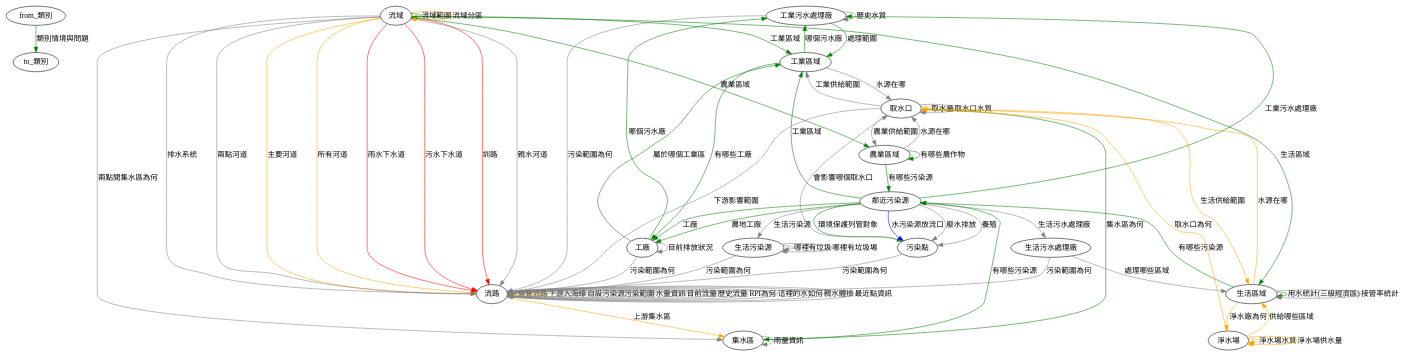
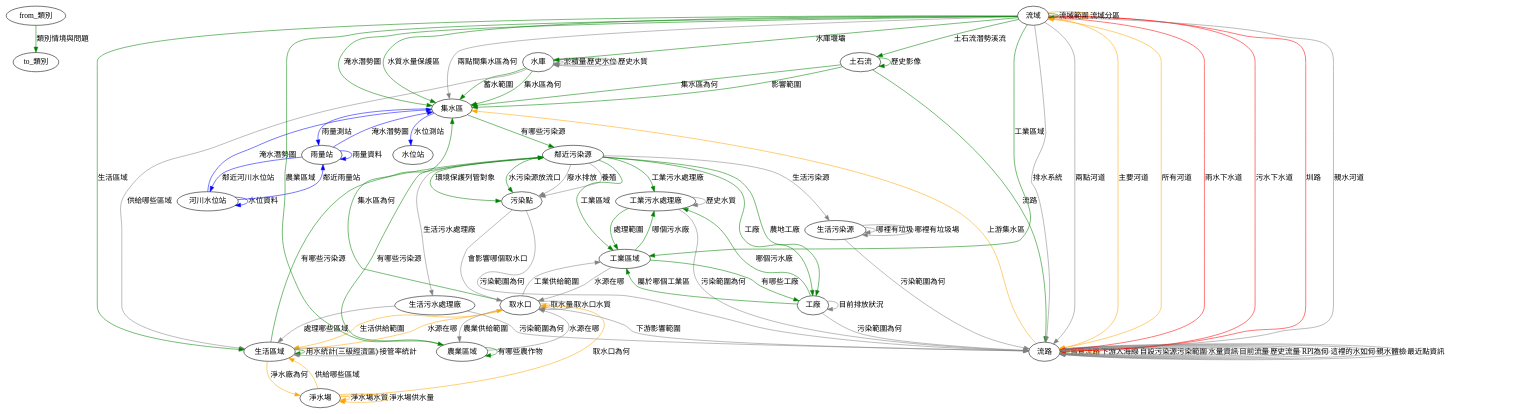
One commit to aga3134/SourcingWater changed the diagram in tools/TopoTextToDot/output.dot. Above: the diagram before and after it, drawn with Graphviz. The commit also changed 11 other files, not shown here.

```diff
--- a/tools/TopoTextToDot/output.dot
+++ b/tools/TopoTextToDot/output.dot
@@ -1,76 +1,97 @@
 digraph G {
 	"from_類別"->"to_類別"[label="類別情境與問題",color="green",style=""]
+	"土石流"->"集水區"[label="集水區為何",color="green",style=""]
+	"土石流"->"集水區"[label="影響範圍",color="green",style=""]
+	"土石流"->"土石流"[label="歷史影像",color="green",style=""]
+	"土石流"->"流路"[label="流路",color="green",style=""]
 	"工業污水處理廠"->"工業區域"[label="處理範圍",color="green",style=""]
 	"工業污水處理廠"->"流路"[label="污染範圍為何",color="gray",style=""]
 	"工業污水處理廠"->"工業污水處理廠"[label="歷史水質",color="gray",style=""]
 	"工業區域"->"工業污水處理廠"[label="哪個污水廠",color="green",style=""]
 	"工業區域"->"工廠"[label="有哪些工廠",color="green",style=""]
 	"工業區域"->"取水口"[label="水源在哪",color="gray",style=""]
 	"工廠"->"工業污水處理廠"[label="哪個污水廠",color="green",style=""]
 	"工廠"->"工業區域"[label="屬於哪個工業區",color="green",style=""]
 	"工廠"->"工廠"[label="目前排放狀況",color="gray",style=""]
 	"工廠"->"流路"[label="污染範圍為何",color="gray",style=""]
+	"水庫"->"集水區"[label="蓄水範圍",color="green",style=""]
+	"水庫"->"集水區"[label="集水區為何",color="green",style=""]
+	"水庫"->"水庫"[label="淤積量",color="gray",style=""]
+	"水庫"->"水庫"[label="歷史水位",color="gray",style=""]
+	"水庫"->"水庫"[label="歷史水質",color="gray",style=""]
+	"水庫"->"生活區域"[label="供給哪些區域",color="gray",style=""]
 	"生活污水處理廠"->"流路"[label="污染範圍為何",color="gray",style=""]
 	"生活污水處理廠"->"生活區域"[label="處理哪些區域",color="gray",style=""]
 	"生活污染源"->"流路"[label="污染範圍為何",color="gray",style=""]
 	"生活污染源"->"生活污染源"[label="哪裡有垃圾",color="gray",style=""]
 	"生活污染源"->"生活污染源"[label="哪裡有垃圾場",color="gray",style=""]
 	"生活區域"->"鄰近污染源"[label="有哪些污染源",color="green",style=""]
 	"生活區域"->"生活區域"[label="用水統計(三級經濟區)",color="green",style=""]
 	"生活區域"->"取水口"[label="水源在哪",color="orange",style=""]
 	"生活區域"->"淨水場"[label="淨水廠為何",color="orange",style=""]
 	"生活區域"->"生活區域"[label="接管率統計",color="gray",style=""]
 	"污染點"->"流路"[label="污染範圍為何",color="gray",style=""]
 	"污染點"->"取水口"[label="會影響哪個取水口",color="gray",style=""]
 	"取水口"->"集水區"[label="集水區為何",color="green",style=""]
 	"取水口"->"取水口"[label="取水量",color="orange",style=""]
 	"取水口"->"生活區域"[label="生活供給範圍",color="orange",style=""]
 	"取水口"->"流路"[label="下游影響範圍",color="gray",style=""]
 	"取水口"->"取水口"[label="取水口水質",color="gray",style=""]
 	"取水口"->"農業區域"[label="農業供給範圍",color="gray",style=""]
 	"取水口"->"工業區域"[label="工業供給範圍",color="gray",style=""]
+	"河川水位站"->"河川水位站"[label="水位資料",color="blue",style=""]
+	"河川水位站"->"雨量站"[label="鄰近雨量站",color="blue",style=""]
+	"河川水位站"->"集水區"[label="淹水潛勢圖",color="blue",style=""]
+	"雨量站"->"雨量站"[label="雨量資料",color="blue",style=""]
+	"雨量站"->"河川水位站"[label="鄰近河川水位站",color="blue",style=""]
+	"雨量站"->"集水區"[label="淹水潛勢圖",color="blue",style=""]
 	"流域"->"流域"[label="流域範圍",color="green",style=""]
 	"流域"->"生活區域"[label="生活區域",color="green",style=""]
 	"流域"->"農業區域"[label="農業區域",color="green",style=""]
 	"流域"->"工業區域"[label="工業區域",color="green",style=""]
+	"流域"->"水庫"[label="水庫堰壩",color="green",style=""]
+	"流域"->"集水區"[label="水質水量保護區",color="green",style=""]
+	"流域"->"集水區"[label="淹水潛勢圖",color="green",style=""]
+	"流域"->"土石流"[label="土石流潛勢溪流",color="green",style=""]
 	"流域"->"流路"[label="主要河道",color="orange",style=""]
 	"流域"->"流路"[label="所有河道",color="orange",style=""]
 	"流域"->"流域"[label="流域分區",color="orange",style=""]
 	"流域"->"流路"[label="雨水下水道",color="red",style=""]
 	"流域"->"流路"[label="污水下水道",color="red",style=""]
 	"流域"->"流路"[label="圳路",color="red",style=""]
 	"流域"->"流路"[label="親水河道",color="gray",style=""]
 	"流域"->"流路"[label="排水系統",color="gray",style=""]
 	"流域"->"流路"[label="兩點河道",color="gray",style=""]
 	"流域"->"集水區"[label="兩點間集水區為何",color="gray",style=""]
 	"流路"->"流路"[label="鳥覽流路",color="green",style=""]
 	"流路"->"集水區"[label="上游集水區",color="orange",style=""]
 	"流路"->"流路"[label="下游入海線",color="orange",style=""]
 	"流路"->"流路"[label="自設污染源污染範圍",color="gray",style=""]
 	"流路"->"流路"[label="水量資訊",color="gray",style=""]
 	"流路"->"流路"[label="目前流量",color="gray",style=""]
 	"流路"->"流路"[label="歷史流量",color="gray",style=""]
 	"流路"->"流路"[label="RPI為何",color="gray",style=""]
 	"流路"->"流路"[label="這裡的水如何",color="gray",style=""]
 	"流路"->"流路"[label="親水體檢",color="gray",style=""]
 	"流路"->"流路"[label="最近點資訊",color="gray",style=""]
 	"淨水場"->"取水口"[label="取水口為何",color="orange",style=""]
 	"淨水場"->"淨水場"[label="淨水場水質",color="orange",style=""]
 	"淨水場"->"淨水場"[label="淨水場供水量",color="orange",style=""]
 	"淨水場"->"生活區域"[label="供給哪些區域",color="orange",style=""]
 	"集水區"->"鄰近污染源"[label="有哪些污染源",color="green",style=""]
-	"集水區"->"集水區"[label="雨量資訊",color="gray",style=""]
+	"集水區"->"雨量站"[label="雨量測站",color="blue",style=""]
+	"集水區"->"水位站"[label="水位測站",color="blue",style=""]
 	"農業區域"->"鄰近污染源"[label="有哪些污染源",color="green",style=""]
 	"農業區域"->"農業區域"[label="有哪些農作物",color="green",style=""]
 	"農業區域"->"取水口"[label="水源在哪",color="gray",style=""]
 	"鄰近污染源"->"工廠"[label="工廠",color="green",style=""]
 	"鄰近污染源"->"污染點"[label="環境保護列管對象",color="green",style=""]
 	"鄰近污染源"->"工業區域"[label="工業區域",color="green",style=""]
 	"鄰近污染源"->"工業污水處理廠"[label="工業污水處理廠",color="green",style=""]
 	"鄰近污染源"->"工廠"[label="農地工廠",color="green",style=""]
-	"鄰近污染源"->"污染點"[label="水污染源放流口",color="blue",style=""]
+	"鄰近污染源"->"污染點"[label="水污染源放流口",color="green",style=""]
 	"鄰近污染源"->"生活污染源"[label="生活污染源",color="gray",style=""]
 	"鄰近污染源"->"生活污水處理廠"[label="生活污水處理廠",color="gray",style=""]
 	"鄰近污染源"->"污染點"[label="廢水排放",color="gray",style=""]
 	"鄰近污染源"->"污染點"[label="養殖",color="gray",style=""]
 }
```
